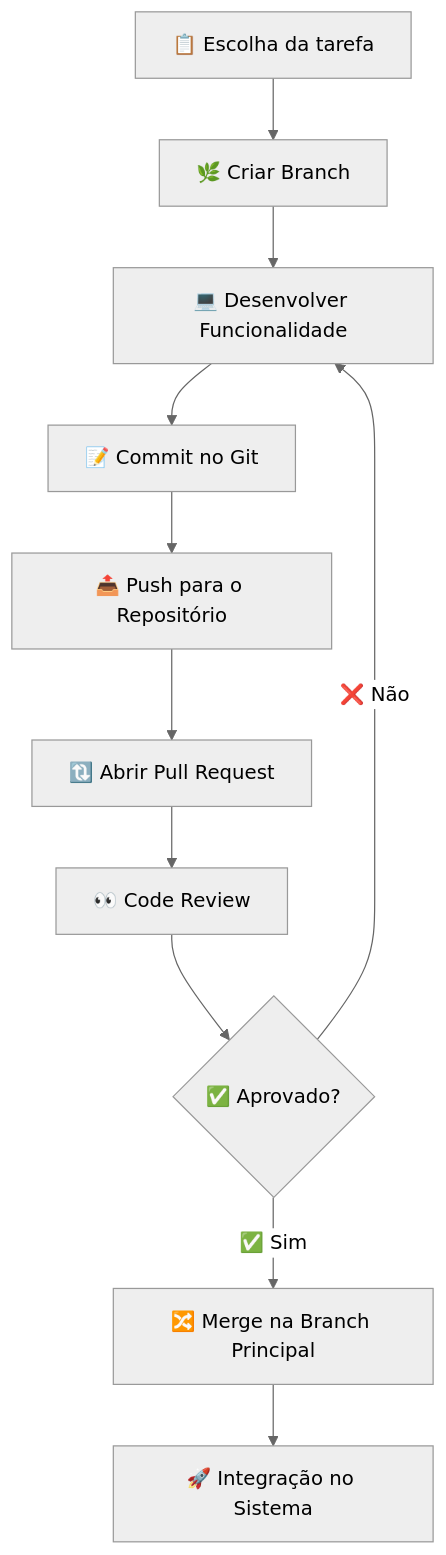
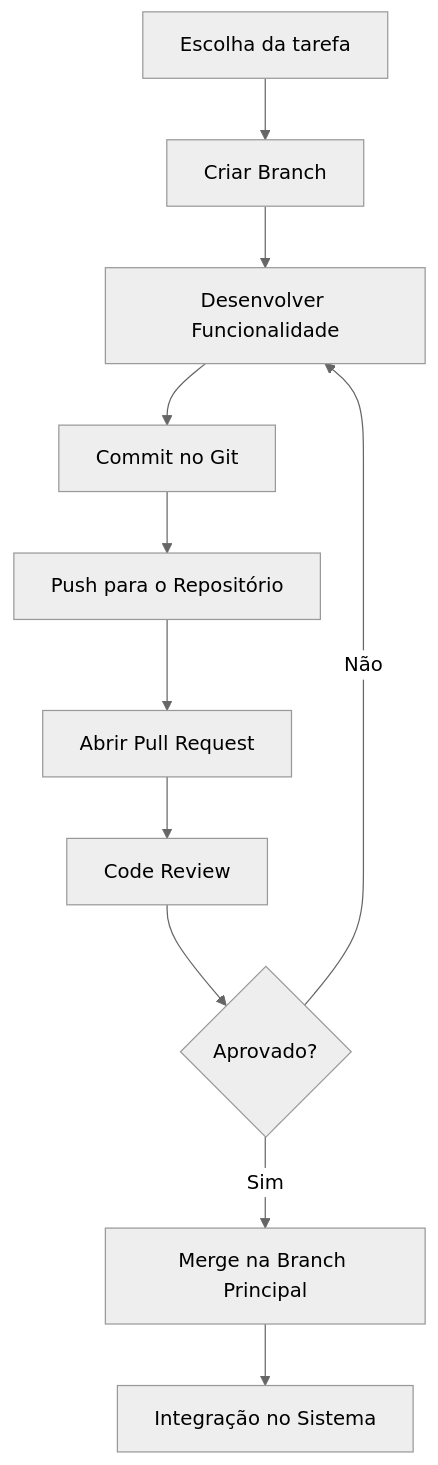
One commit to mfsjunior/SoftwareFactoryLab-Projecao changed the third of 3 diagrams in readme.md. Above: the diagram before and after it, drawn with Mermaid (neutral theme). The commit also changed other lines of this file, not shown here.

Commit message:
Fix Mermaid diagrams removing emojis from nodes

````diff
--- a/readme.md
+++ b/readme.md
@@ -155,13 +156,13 @@
 ```mermaid
 flowchart TB
-    A[📋 Escolha da tarefa] --> B[🌿 Criar Branch]
-    B --> C[💻 Desenvolver Funcionalidade]
-    C --> D[📝 Commit no Git]
-    D --> E[📤 Push para o Repositório]
-    E --> F[🔃 Abrir Pull Request]
-    F --> G[👀 Code Review]
-    G --> H{✅ Aprovado?}
-    H -- ❌ Não --> C
-    H -- ✅ Sim --> I[🔀 Merge na Branch Principal]
-    I --> J[🚀 Integração no Sistema]
+    A[Escolha da tarefa] --> B[Criar Branch]
+    B --> C[Desenvolver Funcionalidade]
+    C --> D[Commit no Git]
+    D --> E[Push para o Repositório]
+    E --> F[Abrir Pull Request]
+    F --> G[Code Review]
+    G --> H{Aprovado?}
+    H -- Não --> C
+    H -- Sim --> I[Merge na Branch Principal]
+    I --> J[Integração no Sistema]
 ```
````
